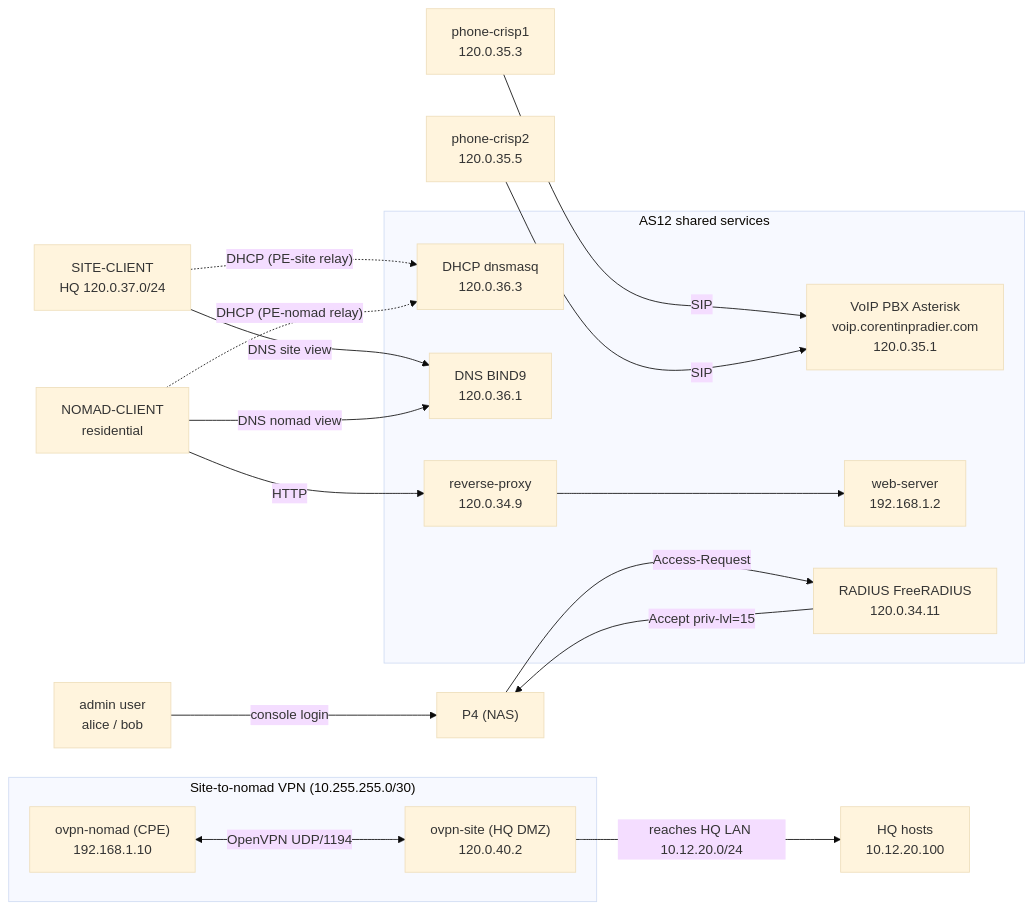
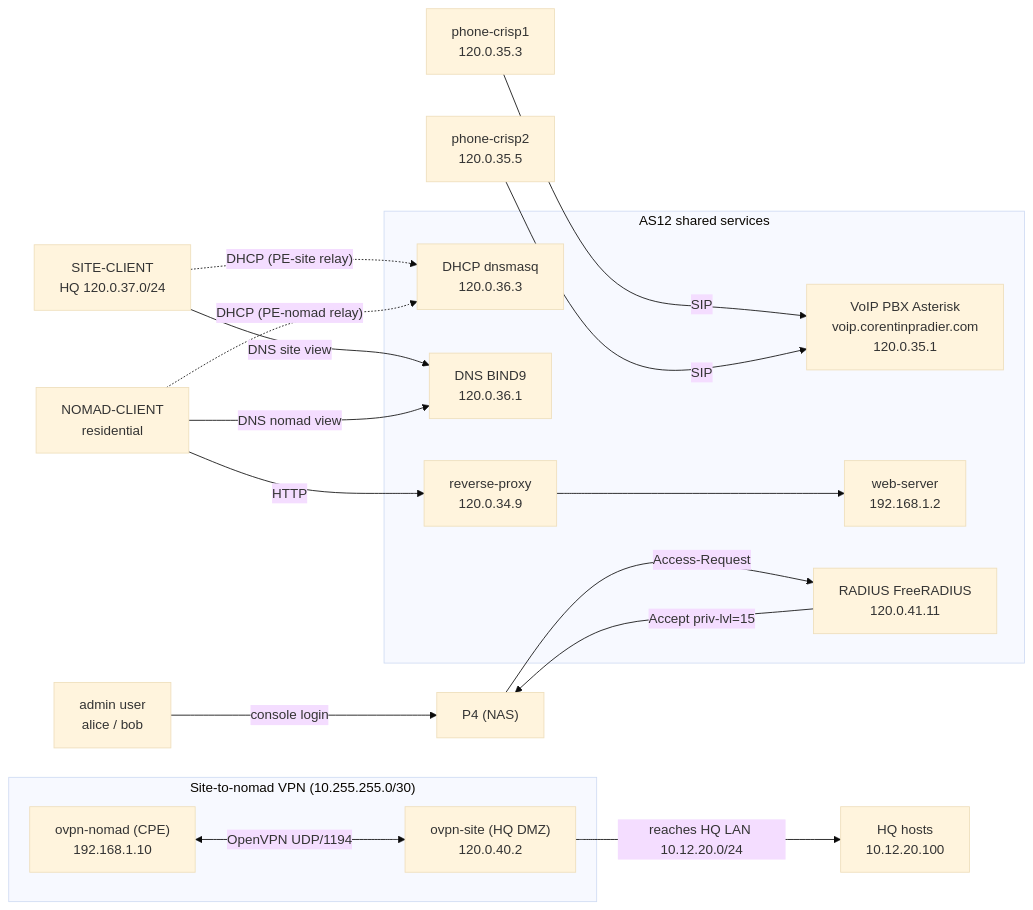
The second of 2 diagrams in README.md (yfgrepcat/CrISP), drawn with Mermaid before and after one commit. The commit also changed other lines of this file and 13 other files, not shown here.

````diff
--- a/README.md
+++ b/README.md
@@ -203,40 +196,40 @@
 ```mermaid
 %%{init: {'theme': 'base', 'themeVariables': {'fontSize': '16px'}}}%%
 flowchart LR
   %% --- consumers ---
   SITEC["SITE-CLIENT<br/>HQ 120.0.37.0/24"]
   NOMADC["NOMAD-CLIENT<br/>residential"]
   PHs["phone-crisp1<br/>120.0.35.3"]
   PHn["phone-crisp2<br/>120.0.35.5"]
   ADMIN["admin user<br/>alice / bob"]
 
   %% --- services ---
   subgraph SVC["AS12 shared services"]
     DHCP["DHCP dnsmasq<br/>120.0.36.3"]
     DNS["DNS BIND9<br/>120.0.36.1"]
     PBX["VoIP PBX Asterisk<br/>voip.corentinpradier.com<br/>120.0.35.1"]
     RP["reverse-proxy<br/>120.0.34.9"]
     WEB["web-server<br/>192.168.1.2"]
-    RADIUS["RADIUS FreeRADIUS<br/>120.0.34.11"]
+    RADIUS["RADIUS FreeRADIUS<br/>120.0.41.11"]
   end
 
   SITEC -. "DHCP (PE-site relay)" .-> DHCP
   NOMADC -. "DHCP (PE-nomad relay)" .-> DHCP
   SITEC -- "DNS site view" --> DNS
   NOMADC -- "DNS nomad view" --> DNS
   NOMADC -- "HTTP" --> RP
   RP --> WEB
   PHs -- "SIP" --> PBX
   PHn -- "SIP" --> PBX
   ADMIN -- "console login" --> P4["P4 (NAS)"]
   P4 -- "Access-Request" --> RADIUS
   RADIUS -- "Accept priv-lvl=15" --> P4
 
   %% --- site-to-nomad VPN overlay ---
   subgraph VPN["Site-to-nomad VPN (10.255.255.0/30)"]
     OVPNn["ovpn-nomad (CPE)<br/>192.168.1.10"]
     OVPNs["ovpn-site (HQ DMZ)<br/>120.0.40.2"]
   end
   OVPNn <-- "OpenVPN UDP/1194" --> OVPNs
   OVPNs -- "reaches HQ LAN 10.12.20.0/24" --> HQLAN["HQ hosts<br/>10.12.20.100"]
 ```
````
